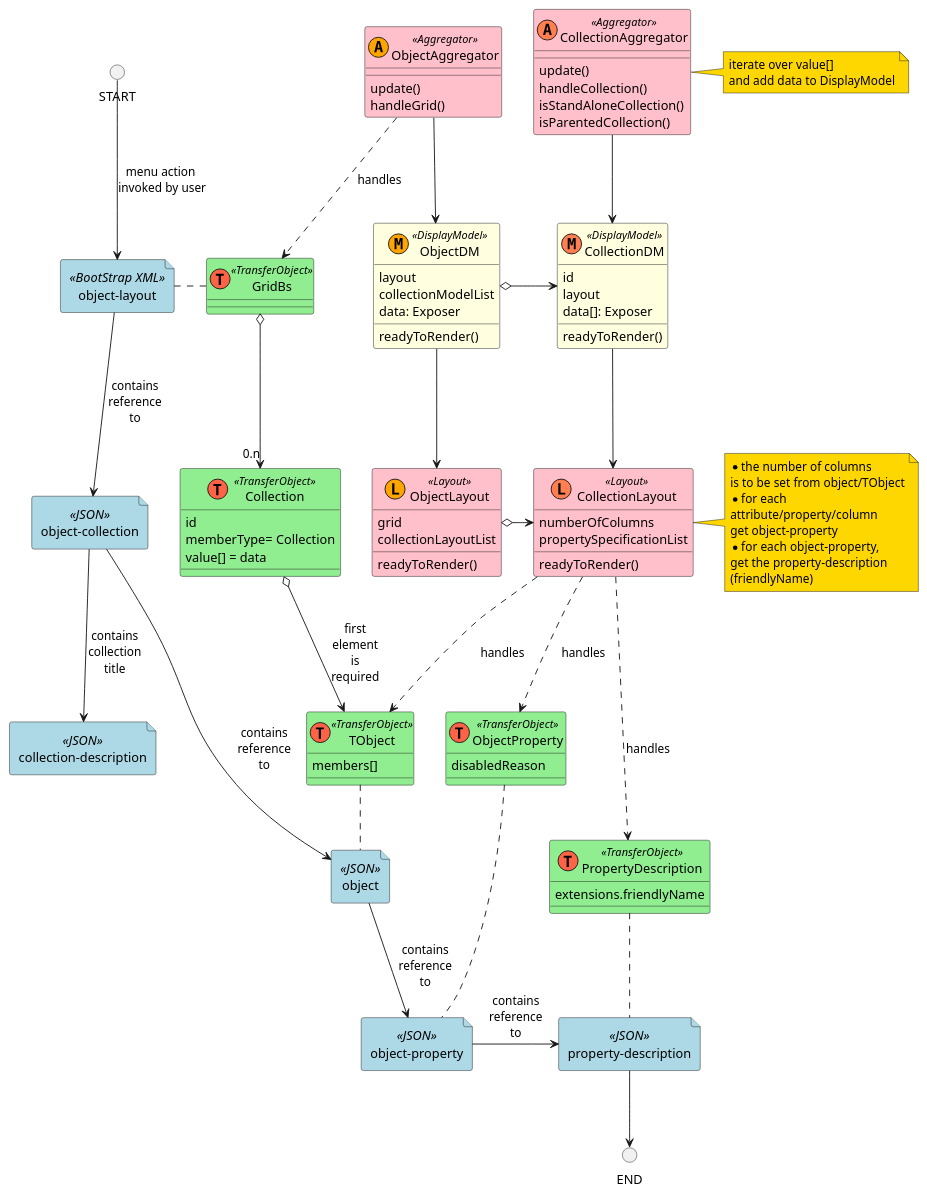
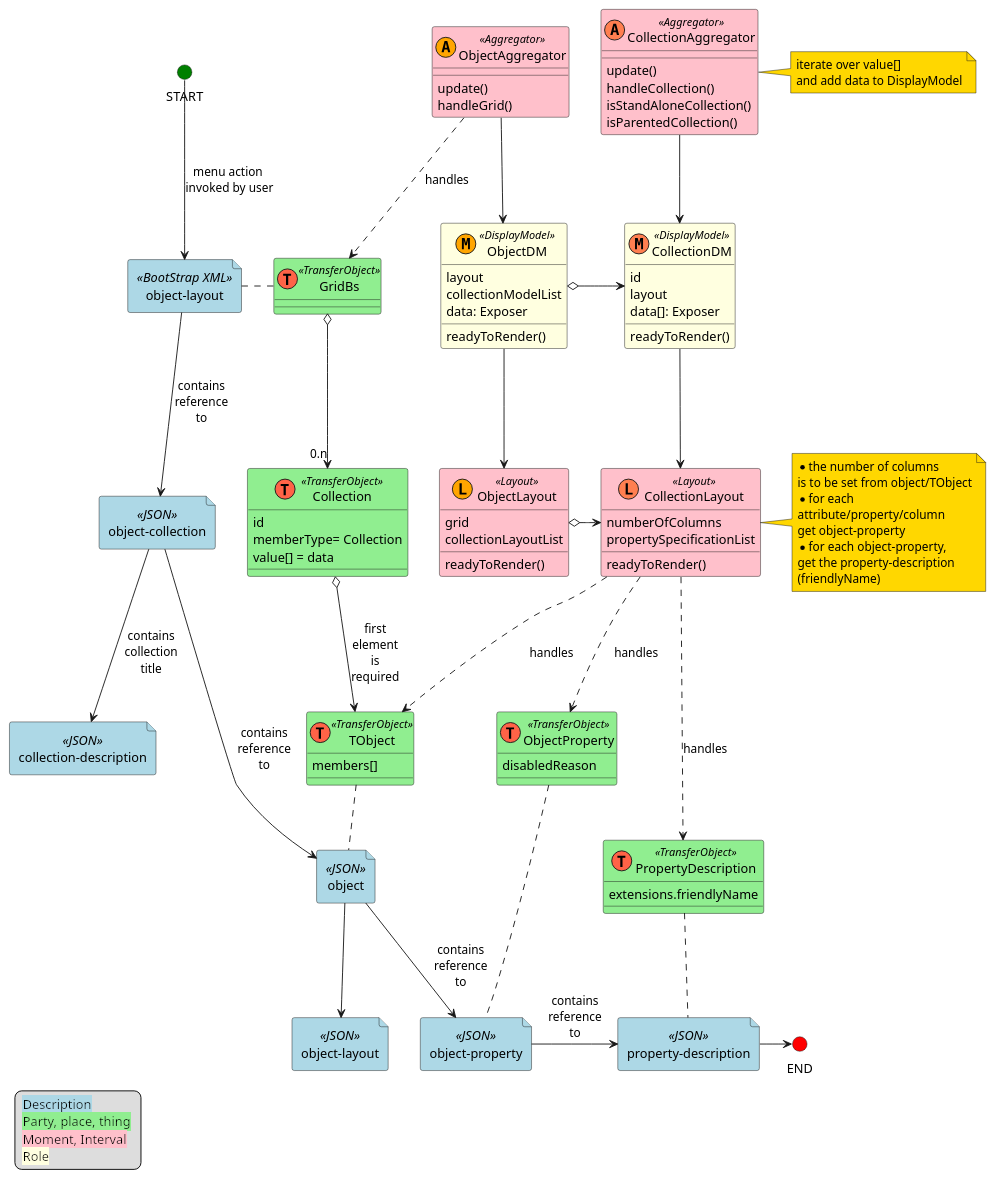
Before and after one commit to apache/causeway: the diagram in incubator/clients/kroviz/adoc/modules/kroviz/partials/design/collection_layout_aggregation_diagram.adoc, drawn with PlantUML. The commit also changed 9 other files, not shown here.

Commit message:
ISIS-3171 PropertySpecification amended with object-layout.xml (per 'protoType')

```diff
--- a/incubator/clients/kroviz/adoc/modules/kroviz/partials/design/collection_layout_aggregation_diagram.adoc
+++ b/incubator/clients/kroviz/adoc/modules/kroviz/partials/design/collection_layout_aggregation_diagram.adoc
@@ -3,8 +3,8 @@
 ----
 allowmixing
 
-() START
-() END
+() START #green
+() END #red
 together {
     file "object-layout" <<BootStrap XML>> as OL #lightblue
     class GridBs <<(T,tomato)TransferObject>> #lightgreen {}
@@ -27,6 +27,7 @@
     TObject .. O
 }
 file "collection-description" <<JSON>> as CD #lightblue
+file "object-layout" <<JSON>> as OLJ #lightblue
 
 together {
     file "object-property" <<JSON>> as OP #lightblue
@@ -48,9 +49,10 @@
 OL --> OC : contains\nreference\nto
 OC --> CD : contains\ncollection\ntitle
 OC --> O : contains\nreference\nto
+O --> OLJ
 O --> OP : contains\nreference\nto
 OP -> PD : contains\nreference\nto
-PD --> END
+PD -r-> END
 
 ' references between TO classes
 GridBs o-->"0.n" Collection
@@ -124,5 +126,11 @@
 and add data to DisplayModel
 end note
 
+legend left
+    <back:#lightblue> Description           </back>
+    <back:#lightgreen> Party, place, thing</back>
+    <back:#pink> Moment, Interval   </back>
+    <back:#lightyellow> Role                       </back>
+endlegend
 
 ----
```
